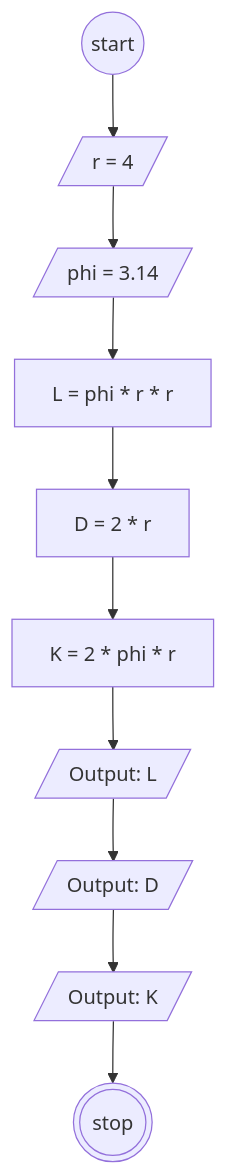
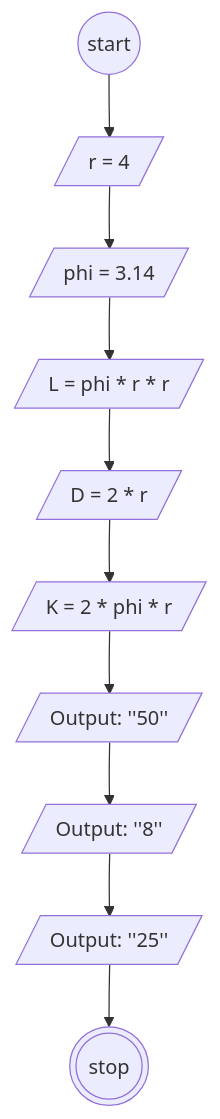
Before and after one commit to AbiPasundan/koda-b6-javascript1: the diagram in README.md, drawn with Mermaid. The commit also changed 1 other file, not shown here.

````diff
--- a/README.md
+++ b/README.md
@@ -16,15 +16,19 @@
 ```mermaid
 flowchart TB
  Start@{ shape: circ, label: "start"}
  r@{ shape: lean-r, label: "r = 4"}
  phi@{ shape: lean-r, label: "phi = 3.14"}
- l@{ shape: rect, label: "L = phi * r * r "}
- d@{ shape: rect, label: "D = 2 * r "}
- k@{ shape: rect, label: "K = 2 * phi * r "}
- OutputL@{ shape: lean-r, label: "Output: L"}
- OutputD@{ shape: lean-r, label: "Output: D"}
- OutputK@{ shape: lean-r, label: "Output: K"}
+
+
+ l@{ shape: lean-r, label: "L = phi * r * r "}
+ d@{ shape: lean-r, label: "D = 2 * r "}
+ k@{ shape: lean-r, label: "K = 2 * phi * r "}
+
+
+ OutputL@{ shape: lean-r, label: "Output: ''50''"}
+ OutputD@{ shape: lean-r, label: "Output: ''8''"}
+ OutputK@{ shape: lean-r, label: "Output: ''25''"}
  Stop@{ shape: dbl-circ, label: "stop"}
 
 Start-->r-->phi-->l-->d-->k-->OutputL-->OutputD-->OutputK-->Stop
 ```
````
